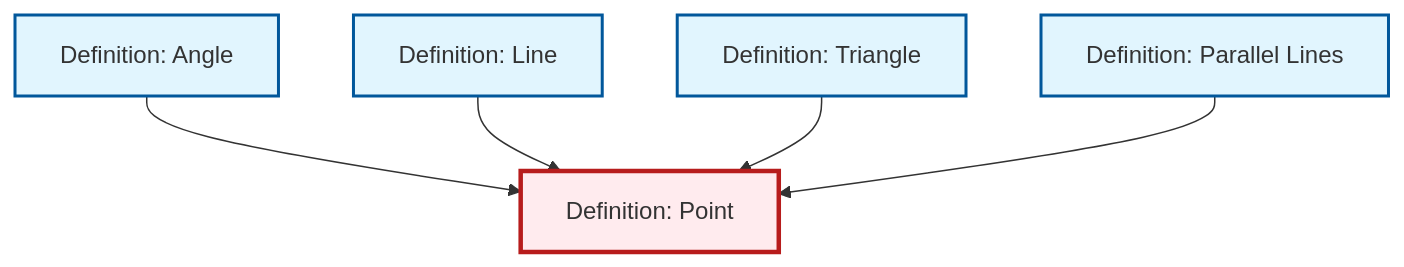
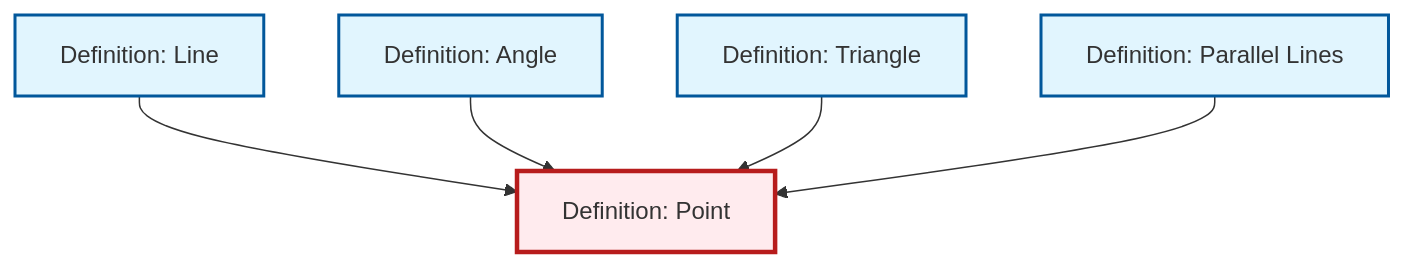
The diagram in content/en/geometry/def-point.qmd (RK0429/ModernMath), drawn with Mermaid before and after one commit. The commit also changed other lines of this file and 328 other files, not shown here.

````diff
--- a/content/en/geometry/def-point.qmd
+++ b/content/en/geometry/def-point.qmd
@@ -39,23 +39,23 @@
 ```{mermaid}
 %%| fig-cap: "Local dependency graph"
 graph TD
     classDef definition fill:#e1f5fe,stroke:#01579b,stroke-width:2px
     classDef theorem fill:#f3e5f5,stroke:#4a148c,stroke-width:2px
     classDef axiom fill:#fff3e0,stroke:#e65100,stroke-width:2px
     classDef example fill:#e8f5e9,stroke:#1b5e20,stroke-width:2px
     classDef current fill:#ffebee,stroke:#b71c1c,stroke-width:3px
+    def-angle["Definition: Angle"]:::definition
     def-line["Definition: Line"]:::definition
+    def-point["Definition: Point"]:::definition
+    def-parallel["Definition: Parallel Lines"]:::definition
     def-triangle["Definition: Triangle"]:::definition
-    def-parallel["Definition: Parallel Lines"]:::definition
-    def-point["Definition: Point"]:::definition
-    def-angle["Definition: Angle"]:::definition
+    def-line --> def-point
     def-angle --> def-point
-    def-line --> def-point
     def-triangle --> def-point
     def-parallel --> def-point
     class def-point current
+    click def-angle "def-angle.html" "Go to Angle definition"
     click def-line "def-line.html" "Go to Line definition"
+    click def-parallel "def-parallel.html" "Go to Parallel Lines definition"
     click def-triangle "def-triangle.html" "Go to Triangle definition"
-    click def-parallel "def-parallel.html" "Go to Parallel Lines definition"
-    click def-angle "def-angle.html" "Go to Angle definition"
 ```
````
